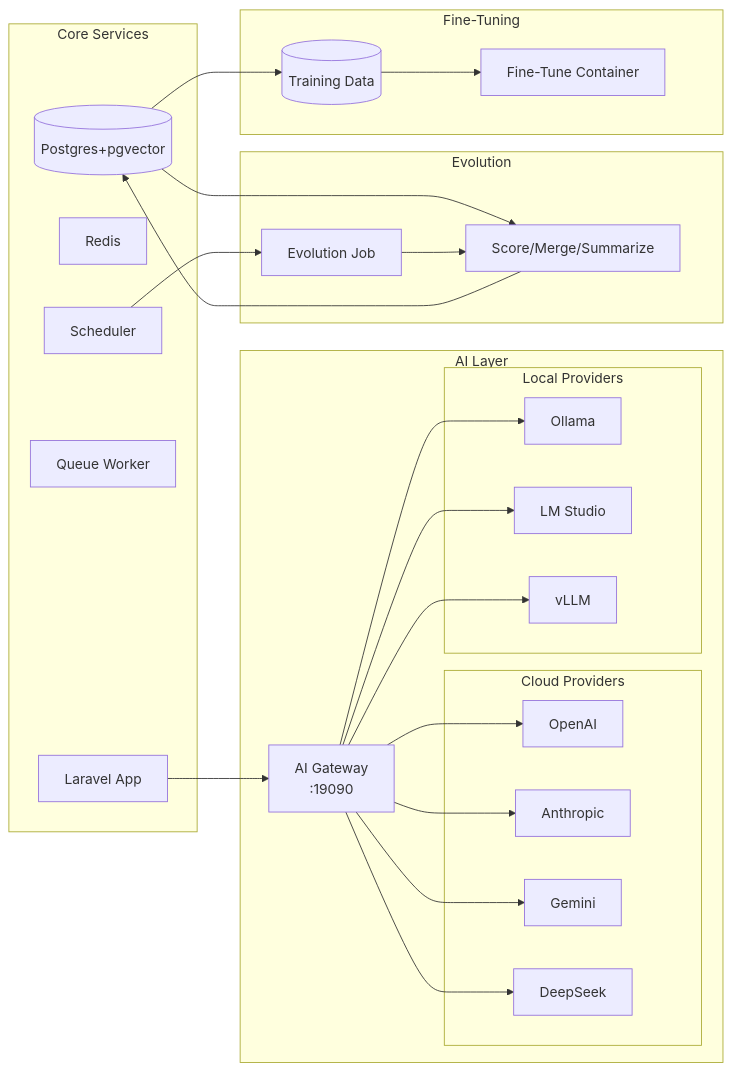
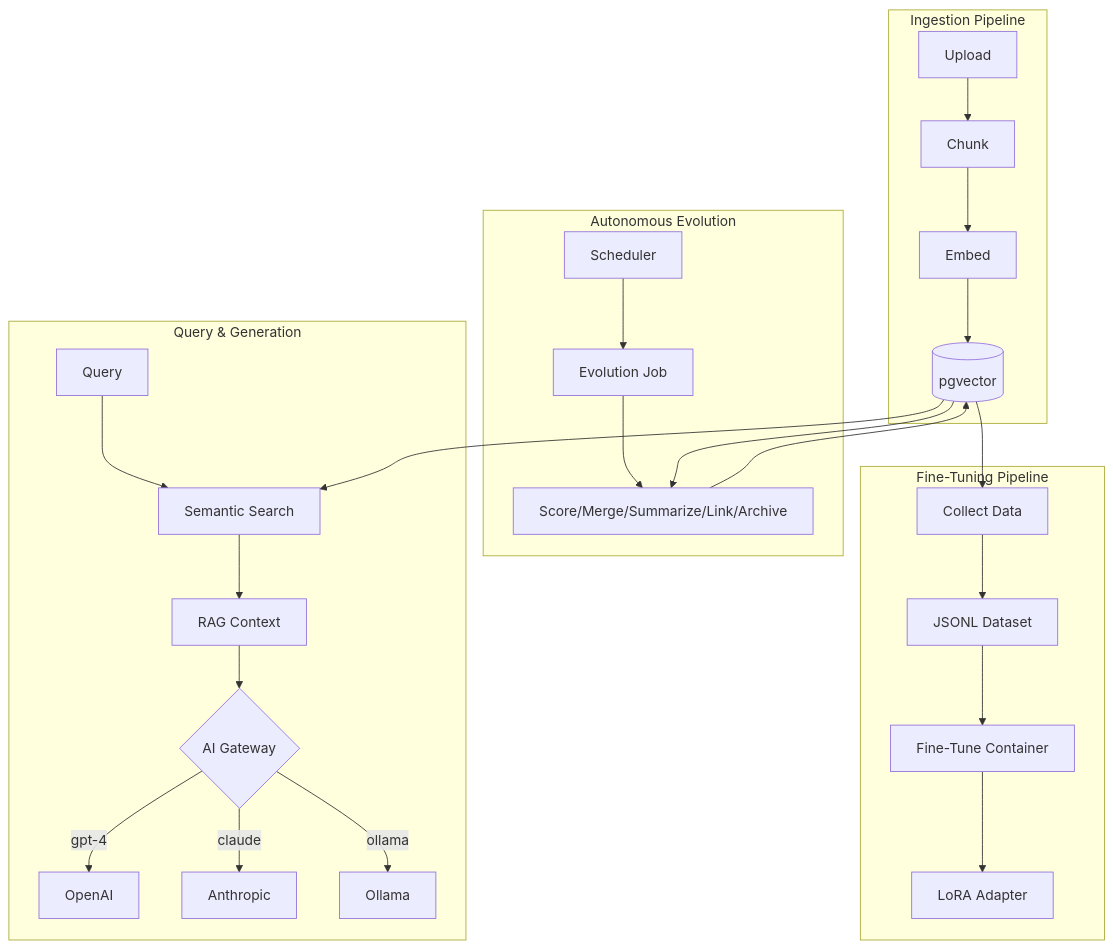
The second of 2 diagrams in README.md (justmicos/geo-engine), drawn with Mermaid before and after one commit. The commit also changed other lines of this file and 1 other file, not shown here.

````diff
--- a/README.md
+++ b/README.md
@@ -189,38 +164,29 @@
 ```mermaid
-flowchart LR
-    subgraph Core["Core Services"]
-        P[(Postgres+pgvector)]
-        R[Redis]
-        A[Laravel App]
-        Q[Queue Worker]
-        S[Scheduler]
+flowchart TB
+    subgraph Ingest["Ingestion Pipeline"]
+        A[Upload] --> B[Chunk]
+        B --> C[Embed]
+        C --> D[(pgvector)]
     end
-    subgraph AI["AI Layer"]
-        G[AI Gateway<br/>:19090]
-        subgraph Cloud["Cloud Providers"]
-            O[OpenAI]
-            AN[Anthropic]
-            GE[Gemini]
-            DS[DeepSeek]
-        end
-        subgraph Local["Local Providers"]
-            OL[Ollama]
-            LM[LM Studio]
-            VL[vLLM]
-        end
+    subgraph Query["Query & Generation"]
+        Q[Query] --> S[Semantic Search]
+        S --> R[RAG Context]
+        R --> AG{AI Gateway}
+        AG -->|gpt-4| O1[OpenAI]
+        AG -->|claude| A1[Anthropic]
+        AG -->|ollama| L1[Ollama]
     end
-    subgraph Evolve["Evolution"]
-        EJ[Evolution Job]
-        ES[Score/Merge/Summarize]
+    subgraph Evolve["Autonomous Evolution"]
+        SC[Scheduler] --> EJ[Evolution Job]
+        EJ --> ES[Score/Merge/Summarize/Link/Archive]
+        ES --> D
     end
-    subgraph FT["Fine-Tuning"]
-        FTJ[Fine-Tune Container]
-        DSET[(Training Data)]
+    subgraph FT["Fine-Tuning Pipeline"]
+        DC[Collect Data] --> DS[JSONL Dataset]
+        DS --> FE[Fine-Tune Container]
+        FE --> ADAPTER[LoRA Adapter]
     end
-    A --> G
-    G --> O & AN & GE & DS
-    G --> OL & LM & VL
-    P --> ES
-    S --> EJ --> ES --> P
-    P --> DSET --> FTJ
+    D --> S
+    D --> ES
+    D --> DC
 ```
````
